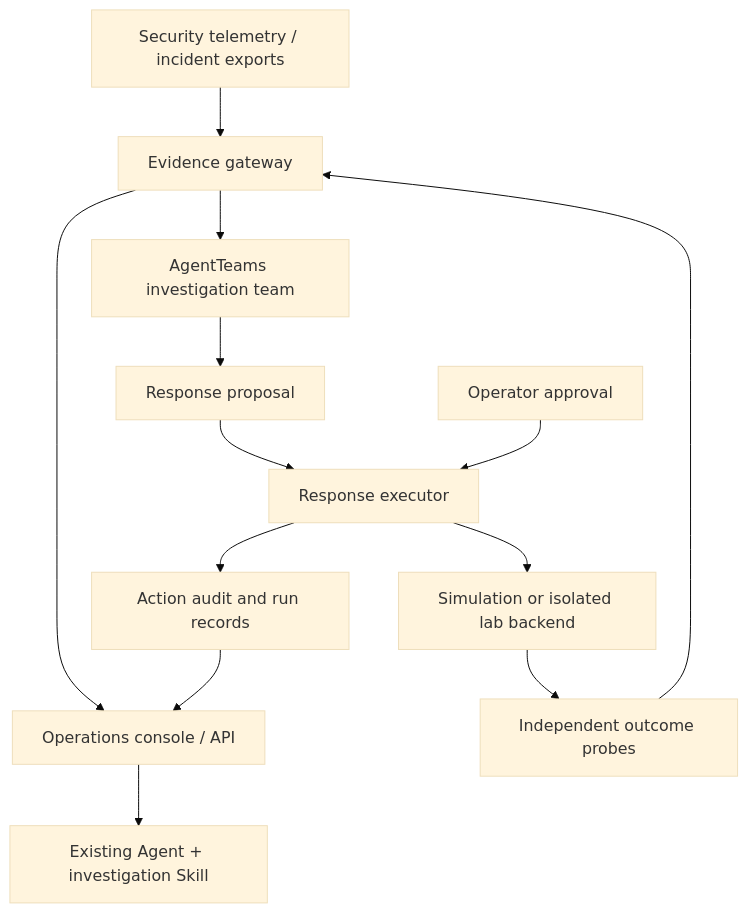
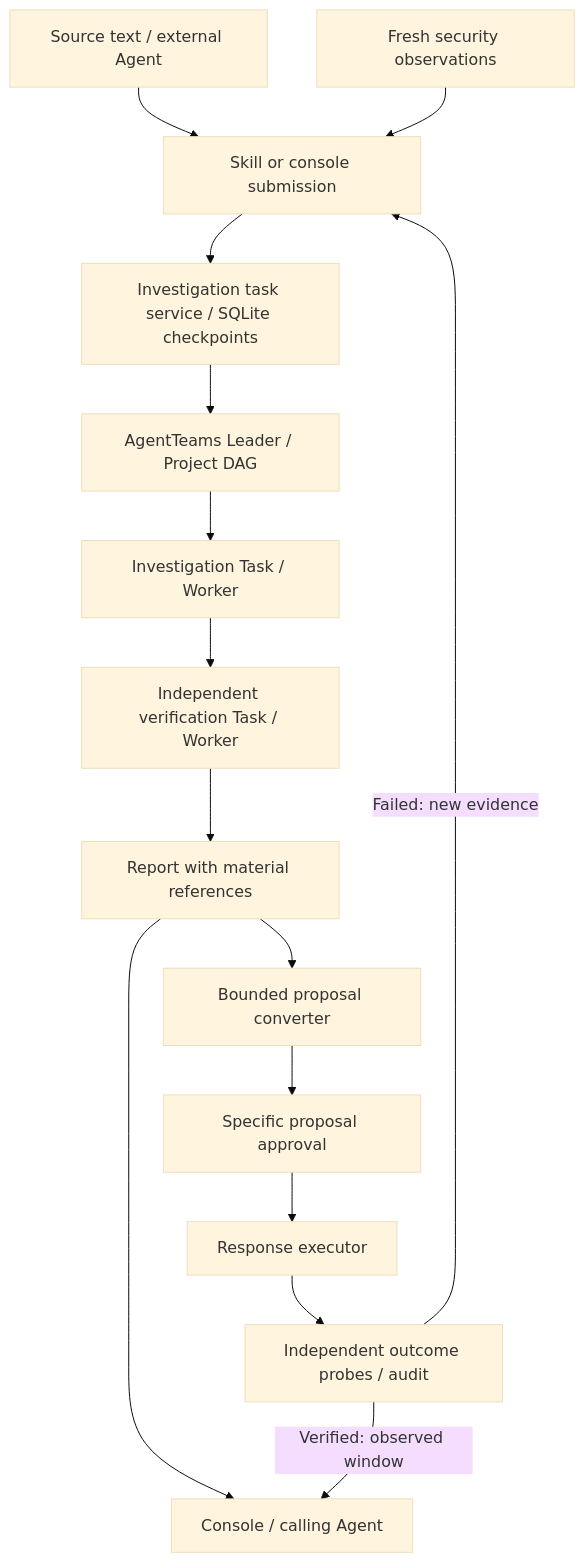
One commit to elsechord/CyberGuard changed the diagram in README.md. Above: the diagram before and after it, drawn with Mermaid (base theme). The commit also changed other lines of this file and 56 other files, not shown here.

````diff
--- a/README.md
+++ b/README.md
@@ -136,15 +144,17 @@
 ```mermaid
 flowchart TD
-    S[Security telemetry / incident exports] --> G[Evidence gateway]
-    G --> C[Operations console / API]
-    C --> K[Existing Agent + investigation Skill]
-    G --> A[AgentTeams investigation team]
-    A --> P[Response proposal]
-    P --> E[Response executor]
-    H[Operator approval] --> E
-    E --> B[Simulation or isolated lab backend]
-    B --> V[Independent outcome probes]
-    V --> G
-    E --> R[Action audit and run records]
-    R --> C
+    S[Source text / external Agent] --> K[Skill or console submission]
+    K --> T[Investigation task service / SQLite checkpoints]
+    T --> P[AgentTeams Leader / Project DAG]
+    P --> I[Investigation Task / Worker]
+    I --> V[Independent verification Task / Worker]
+    V --> R[Report with material references]
+    R --> C[Console / calling Agent]
+    L[Fresh security observations] --> K
+    R --> O[Bounded proposal converter]
+    O --> H[Specific proposal approval]
+    H --> E[Response executor]
+    E --> Q[Independent outcome probes / audit]
+    Q -->|Failed: new evidence| K
+    Q -->|Verified: observed window| C
 ```
````
